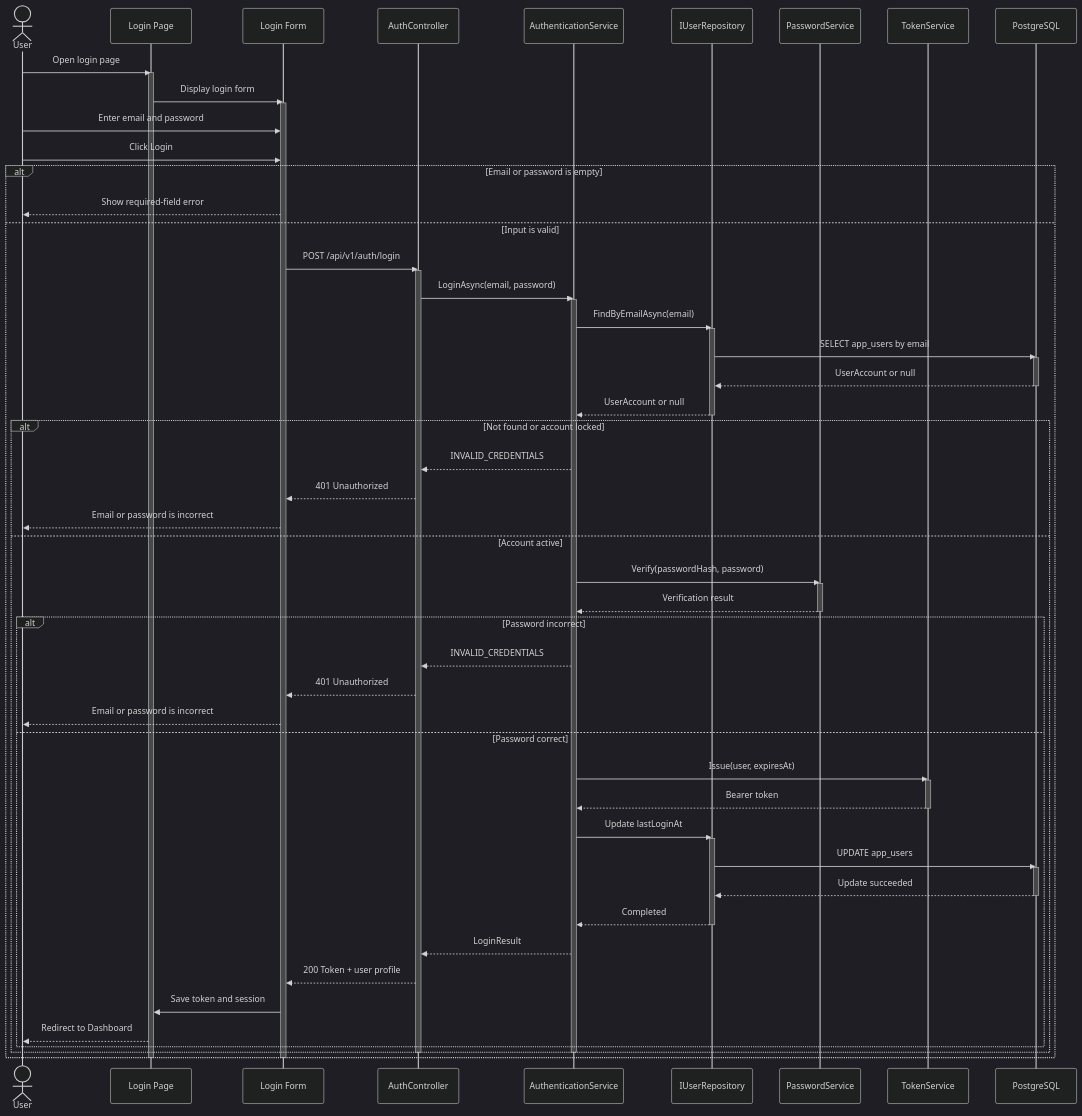
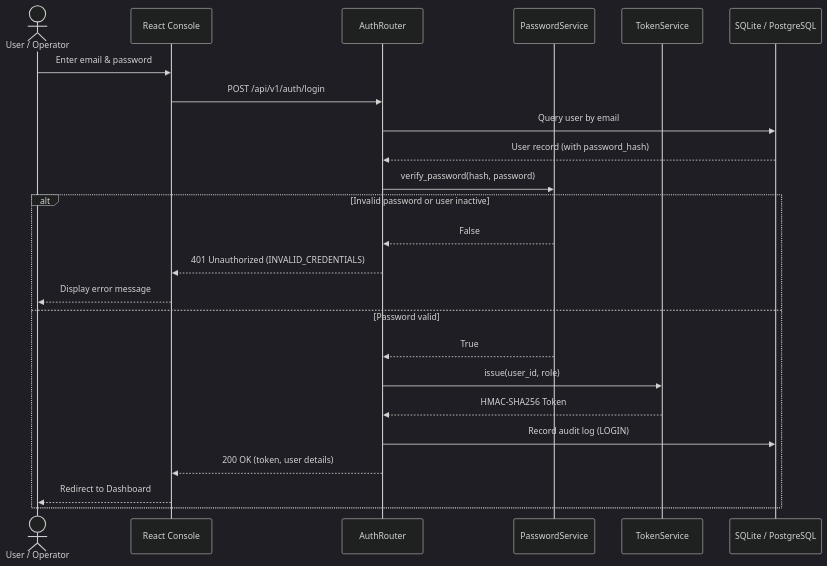
One commit to AnCoder1310/FlowForge changed the first of 4 diagrams in docs/architecture/uml/02-sequence-diagrams.md. Above: the diagram before and after it, drawn with Mermaid (dark theme). The commit also changed other lines of this file and 25 other files, not shown here.

Commit message:
feat: complete FlowForge DWOP OpenAPI 3.1, Arc42 architecture, and Developer Console branding

````diff
--- a/docs/architecture/uml/02-sequence-diagrams.md
+++ b/docs/architecture/uml/02-sequence-diagrams.md
@@ -10,73 +7,28 @@
 ```mermaid
 sequenceDiagram
-    actor User as User
-    participant Page as Login Page
-    participant Form as Login Form
-    participant API as AuthController
-    participant Service as AuthenticationService
-    participant Repo as IUserRepository
-    participant Password as PasswordService
-    participant Token as TokenService
-    participant DB as PostgreSQL
+    actor User as User / Operator
+    participant UI as React Console
+    participant API as AuthRouter
+    participant Sec as PasswordService
+    participant Tok as TokenService
+    participant DB as SQLite / PostgreSQL
 
-    User->>Page: Open login page
-    activate Page
-    Page->>Form: Display login form
-    activate Form
-    User->>Form: Enter email and password
-    User->>Form: Click Login
-
-    alt Email or password is empty
-        Form-->>User: Show required-field error
-    else Input is valid
-        Form->>API: POST /api/v1/auth/login
-        activate API
-        API->>Service: LoginAsync(email, password)
-        activate Service
-        Service->>Repo: FindByEmailAsync(email)
-        activate Repo
-        Repo->>DB: SELECT app_users by email
-        activate DB
-        DB-->>Repo: UserAccount or null
-        deactivate DB
-        Repo-->>Service: UserAccount or null
-        deactivate Repo
-
-        alt Not found or account locked
-            Service-->>API: INVALID_CREDENTIALS
-            API-->>Form: 401 Unauthorized
-            Form-->>User: Email or password is incorrect
-        else Account active
-            Service->>Password: Verify(passwordHash, password)
-            activate Password
-            Password-->>Service: Verification result
-            deactivate Password
-            alt Password incorrect
-                Service-->>API: INVALID_CREDENTIALS
-                API-->>Form: 401 Unauthorized
-                Form-->>User: Email or password is incorrect
-            else Password correct
-                Service->>Token: Issue(user, expiresAt)
-                activate Token
-                Token-->>Service: Bearer token
-                deactivate Token
-                Service->>Repo: Update lastLoginAt
-                activate Repo
-                Repo->>DB: UPDATE app_users
-                activate DB
-                DB-->>Repo: Update succeeded
-                deactivate DB
-                Repo-->>Service: Completed
-                deactivate Repo
-                Service-->>API: LoginResult
-                API-->>Form: 200 Token + user profile
-                Form->>Page: Save token and session
-                Page-->>User: Redirect to Dashboard
-            end
-        end
-        deactivate Service
-        deactivate API
+    User->>UI: Enter email & password
+    UI->>API: POST /api/v1/auth/login
+    API->>DB: Query user by email
+    DB-->>API: User record (with password_hash)
+    
+    API->>Sec: verify_password(hash, password)
+    alt Invalid password or user inactive
+        Sec-->>API: False
+        API-->>UI: 401 Unauthorized (INVALID_CREDENTIALS)
+        UI-->>User: Display error message
+    else Password valid
+        Sec-->>API: True
+        API->>Tok: issue(user_id, role)
+        Tok-->>API: HMAC-SHA256 Token
+        API->>DB: Record audit log (LOGIN)
+        API-->>UI: 200 OK (token, user details)
+        UI-->>User: Redirect to Dashboard
     end
-    deactivate Form
-    deactivate Page
 ```
````
